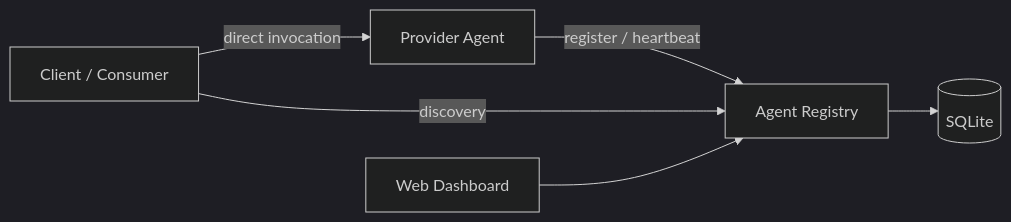
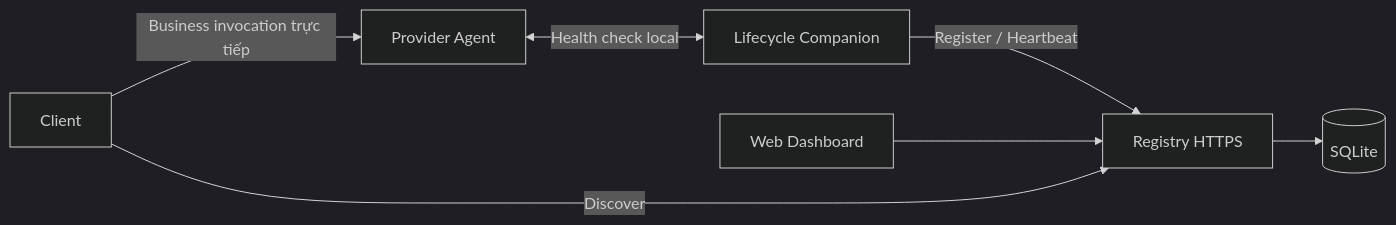
One commit to HPHind110/agent-registry changed the diagram in README.md. Above: the diagram before and after it, drawn with Mermaid (dark theme). The commit also changed other lines of this file and 7 other files, not shown here.

Commit message:
docs: streamline Registry guides for HTTPS and Companion v1.0

````diff
--- a/README.md
+++ b/README.md
@@ -20,10 +38,9 @@
-```mermaid
+~~~mermaid
 flowchart LR
-    A[Provider Agent] -->|register / heartbeat| R[Agent Registry]
-    C[Client / Consumer] -->|discovery| R
-    R --> DB[(SQLite)]
-
-    C -->|direct invocation| A
-
-    H[Web Dashboard] --> R
-```
+    P[Provider Agent] <-->|Health check local| X[Lifecycle Companion]
+    X -->|Register / Heartbeat| R[Registry HTTPS]
+    U[Web Dashboard] --> R
+    C[Client] -->|Discover| R
+    C -->|Business invocation trực tiếp| P
+    R --> D[(SQLite)]
+~~~
````
